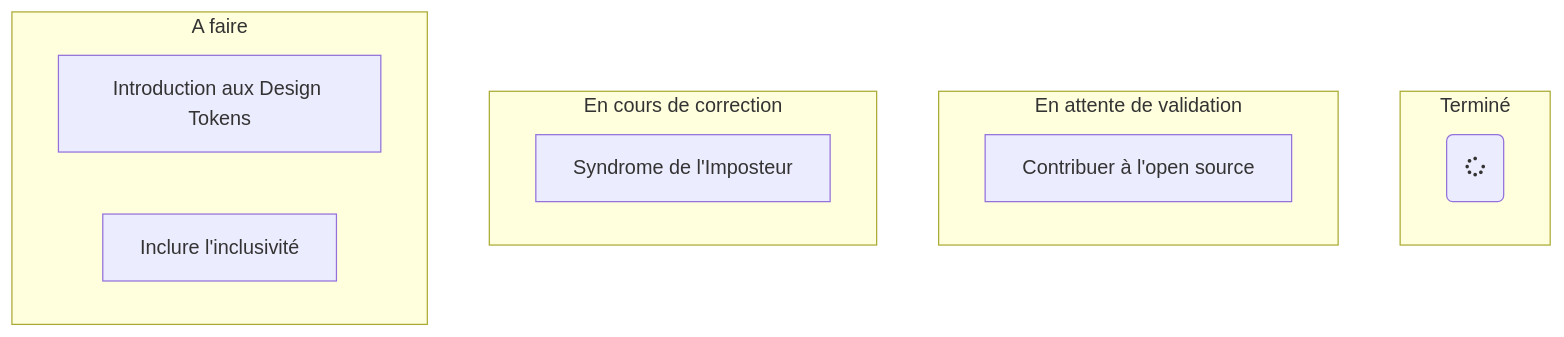
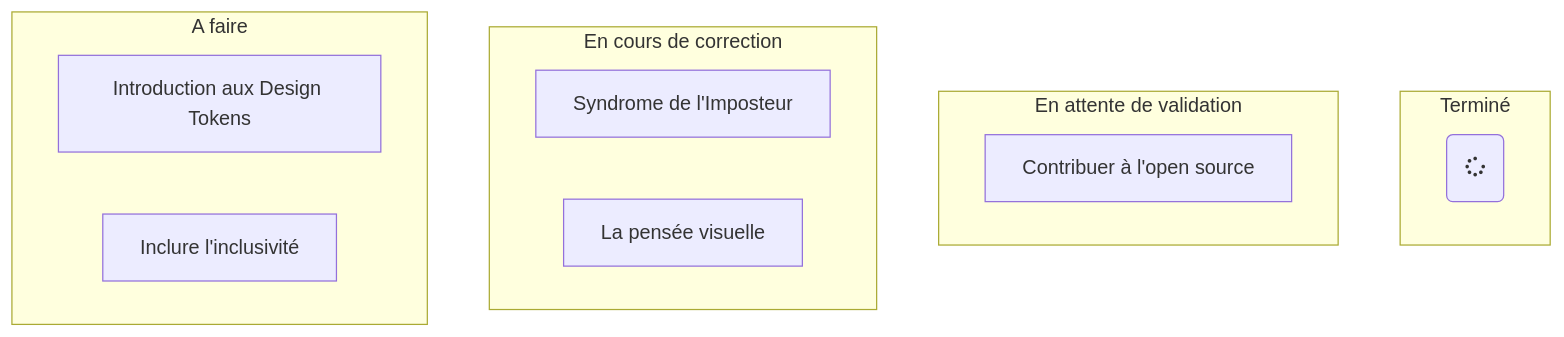
The diagram in README.md (Noirtam/BDX-IO-2022-SOUS-TITRE), drawn with Mermaid before and after one commit. The commit also changed other lines of this file and 2 other files, not shown here.

Commit message:
Initialisation du talk sur la pensée visuelle ~ 2minutes

````diff
--- a/README.md
+++ b/README.md
@@ -24,19 +24,20 @@
 ```mermaid
 flowchart TB
     subgraph Terminé
     Z(fa:fa-spinner);
     end
     
     subgraph En attente de validation
     A["Contribuer à l'open source"]
     end
     
     subgraph En cours de correction
     D["Syndrome de l'Imposteur"]
+    E["La pensée visuelle"]
     end
 
     subgraph A faire
     B["Introduction aux Design Tokens"]
     C["Inclure l'inclusivité"]
     end
 ```
````
